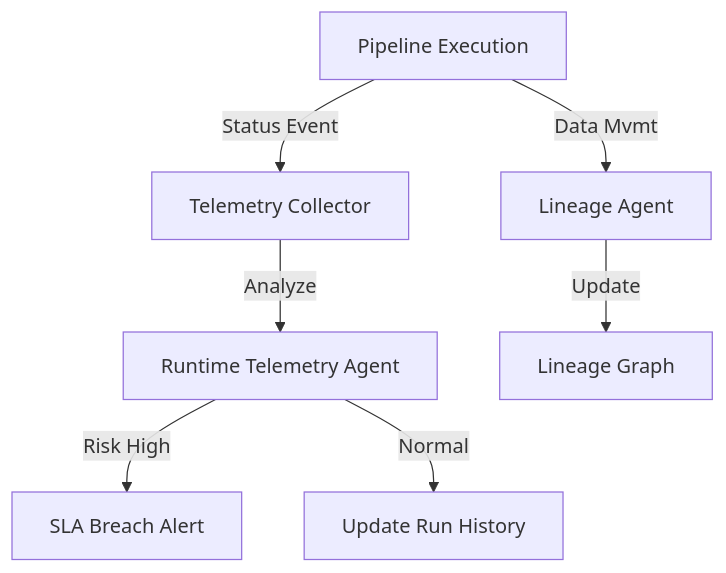
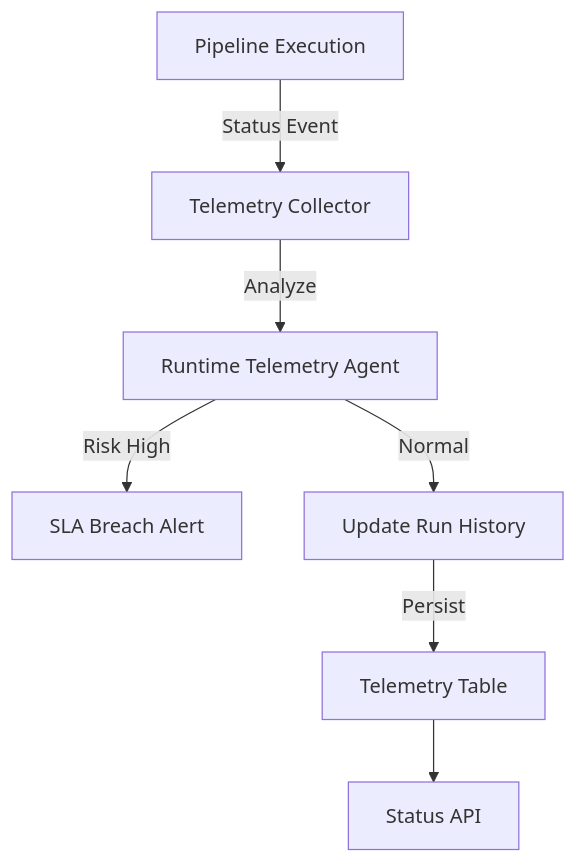
Before and after one commit to ranit532/XRS-Nexus: the fifth of 6 diagrams in README.md, drawn with Mermaid. The commit also changed other lines of this file, not shown here.

````diff
--- a/README.md
+++ b/README.md
@@ -110,10 +110,9 @@
 ```mermaid
 flowchart TD
     Run[Pipeline Execution] -->|Status Event| Collector[Telemetry Collector]
     Collector -->|Analyze| RTA[Runtime Telemetry Agent]
     RTA -- Risk High --> Alert[SLA Breach Alert]
     RTA -- Normal --> Log[Update Run History]
-    
-    Run -->|Data Mvmt| LA[Lineage Agent]
-    LA -->|Update| Graph[Lineage Graph]
+    Log -->|Persist| Delta[Telemetry Table]
+    Delta --> API[Status API]
 ```
````
